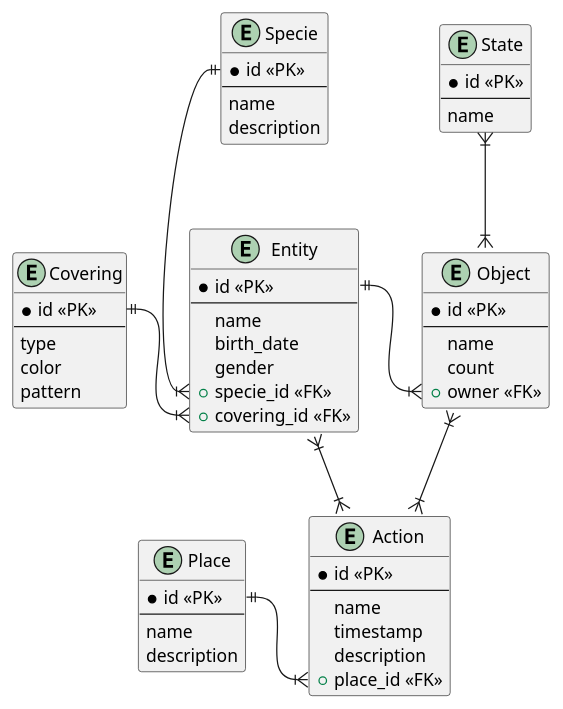
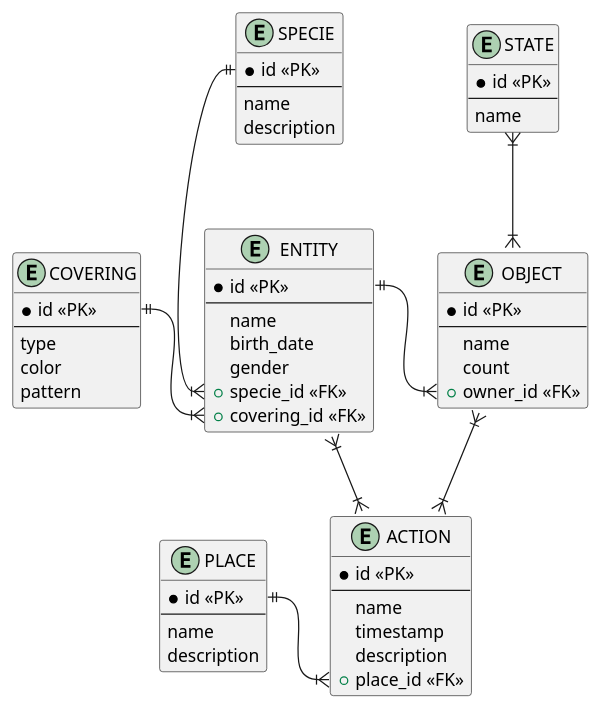
One commit to MrDvD/itmo_labs changed the diagram in databases/1/er-info.puml. Above: the diagram before and after it, drawn with PlantUML. The commit also changed 2 other files, not shown here.

Commit message:
fix: changes in diagram + update checkups in script

```diff
--- a/databases/1/er-info.puml
+++ b/databases/1/er-info.puml
@@ -1,64 +1,64 @@
 @startuml name
-entity Entity {
+ENTITY ENTITY {
    * id «PK»
    ---
    name
    birth_date
    gender
    + specie_id «FK»
    + covering_id «FK»
 }
 
-entity Covering {
+ENTITY COVERING {
    * id «PK»
    ---
    type
    color
    pattern
 }
 
-entity Action {
+ENTITY ACTION {
    * id «PK»
    ---
    name
    timestamp
    description
    + place_id «FK»
 }
 
-entity Place {
+ENTITY PLACE {
    * id «PK»
    ---
    name
    description
 }
 
-entity Object {
+ENTITY OBJECT {
    * id «PK»
    ---
    name
    count
-   + owner «FK»
+   + owner_id «FK»
 }
 
-entity State {
+ENTITY STATE {
    * id «PK»
    ---
    name
 }
 
-entity Specie {
+ENTITY SPECIE {
    * id «PK»
    ---
    name
    description
 }
 
-Entity::covering_id }|-l-|| Covering::id
-Entity::specie_id }|-u-|| Specie::id
-Entity }|--|{ Action
-State }|--|{ Object
-Action::place_id }|-l-|| Place::id
-Object }|--|{ Action
-Entity::id ||-r-|{ Object::owner
+ENTITY::covering_id }|-l-|| COVERING::id
+ENTITY::specie_id }|-u-|| SPECIE::id
+ENTITY }|--|{ ACTION
+STATE }|--|{ OBJECT
+ACTION::place_id }|-l-|| PLACE::id
+OBJECT }|--|{ ACTION
+ENTITY::id ||-r-|{ OBJECT::owner_id
 @enduml
```
